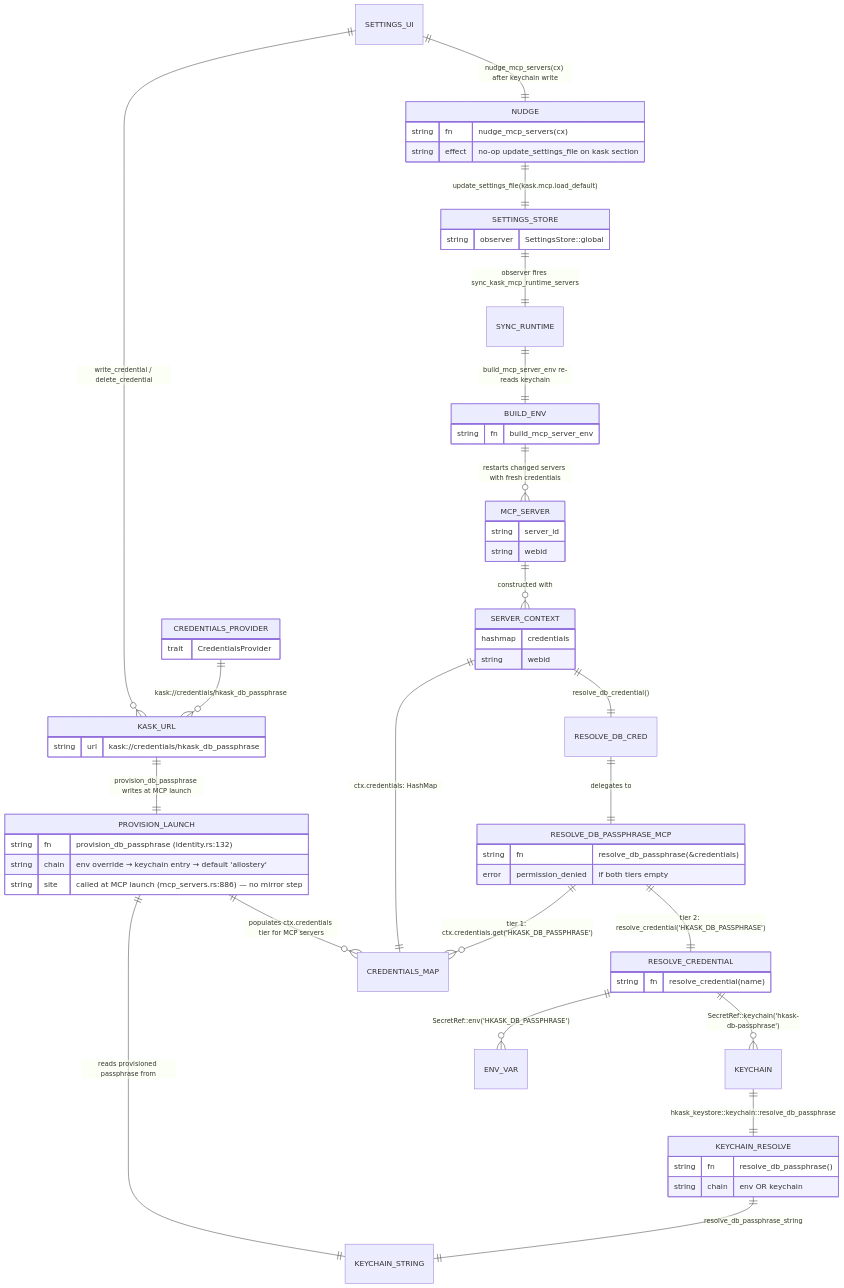
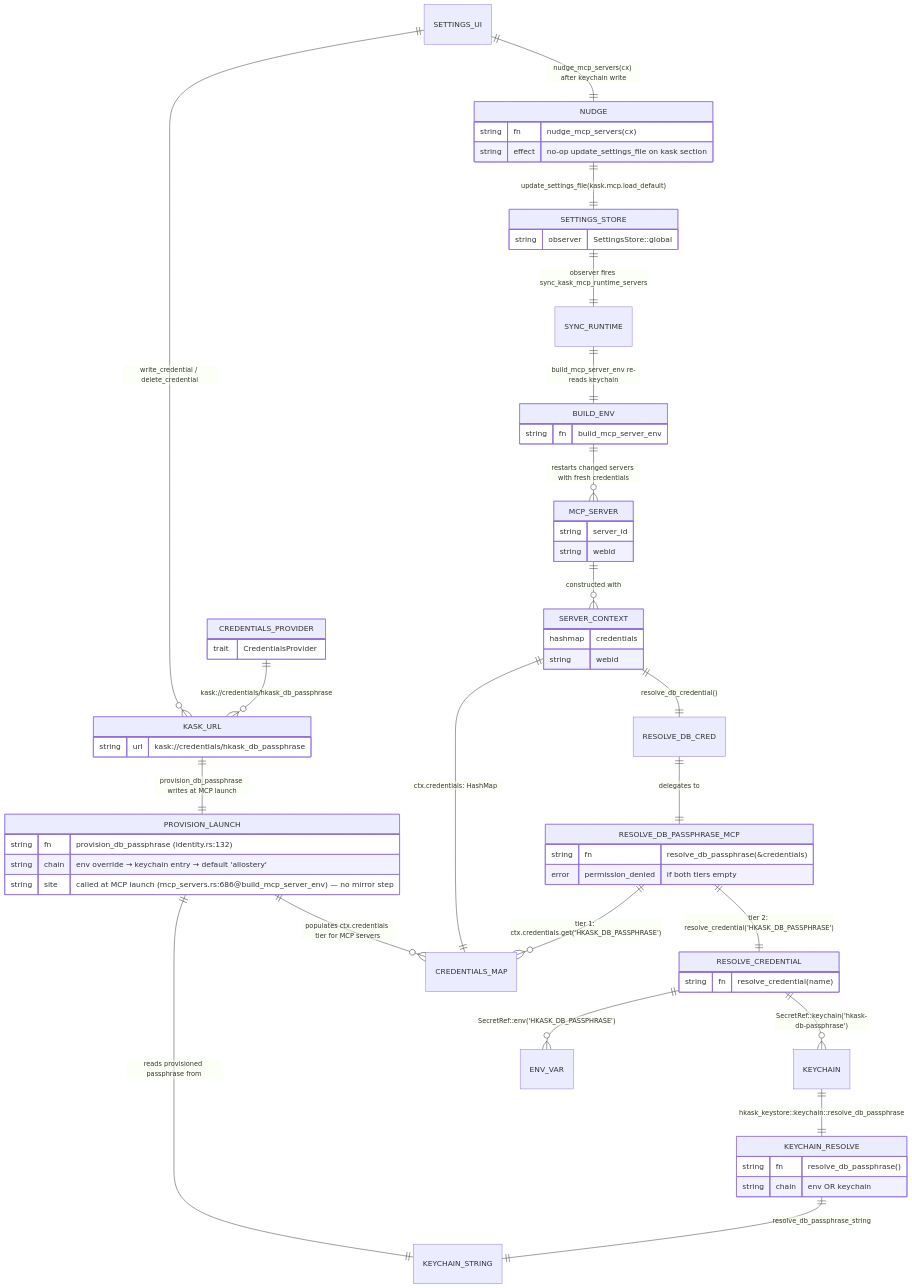
Before and after one commit to mdz-axo/zed-kask: the fourth of 8 diagrams in kask/docs/diagrams/architecture.md, drawn with Mermaid. The commit also changed other lines of this file and 10 other files, not shown here.

````diff
--- a/kask/docs/diagrams/architecture.md
+++ b/kask/docs/diagrams/architecture.md
@@ -240,66 +240,66 @@
 ```mermaid
 erDiagram
     MCP_SERVER ||--o{ SERVER_CONTEXT : "constructed with"
     SERVER_CONTEXT ||--|| CREDENTIALS_MAP : "ctx.credentials: HashMap<String,String>"
     SERVER_CONTEXT ||--|| RESOLVE_DB_CRED : "resolve_db_credential()"
     RESOLVE_DB_CRED ||--|| RESOLVE_DB_PASSPHRASE_MCP : "delegates to"
     RESOLVE_DB_PASSPHRASE_MCP ||--o{ CREDENTIALS_MAP : "tier 1: ctx.credentials.get('HKASK_DB_PASSPHRASE')"
     RESOLVE_DB_PASSPHRASE_MCP ||--|| RESOLVE_CREDENTIAL : "tier 2: resolve_credential('HKASK_DB_PASSPHRASE')"
     RESOLVE_CREDENTIAL ||--o{ ENV_VAR : "SecretRef::env('HKASK_DB_PASSPHRASE')"
     RESOLVE_CREDENTIAL ||--o{ KEYCHAIN : "SecretRef::keychain('hkask-db-passphrase')"
     KEYCHAIN ||--|| KEYCHAIN_RESOLVE : "hkask_keystore::keychain::resolve_db_passphrase"
     KEYCHAIN_RESOLVE ||--|| KEYCHAIN_STRING : "resolve_db_passphrase_string"
 
     CREDENTIALS_PROVIDER ||--o{ KASK_URL : "kask://credentials/hkask_db_passphrase"
     KASK_URL ||--|| PROVISION_LAUNCH : "provision_db_passphrase writes at MCP launch"
     PROVISION_LAUNCH ||--|| KEYCHAIN_STRING : "reads provisioned passphrase from"
     PROVISION_LAUNCH ||--o{ CREDENTIALS_MAP : "populates ctx.credentials tier for MCP servers"
 
     SETTINGS_UI ||--o{ KASK_URL : "write_credential / delete_credential"
     SETTINGS_UI ||--|| NUDGE : "nudge_mcp_servers(cx) after keychain write"
     NUDGE ||--|| SETTINGS_STORE : "update_settings_file(kask.mcp.load_default)"
     SETTINGS_STORE ||--|| SYNC_RUNTIME : "observer fires sync_kask_mcp_runtime_servers"
     SYNC_RUNTIME ||--|| BUILD_ENV : "build_mcp_server_env re-reads keychain"
     BUILD_ENV ||--o{ MCP_SERVER : "restarts changed servers with fresh credentials"
 
     MCP_SERVER {
         string server_id
         string webid
     }
     SERVER_CONTEXT {
         hashmap credentials
         string webid
     }
     RESOLVE_DB_PASSPHRASE_MCP {
         string fn "resolve_db_passphrase(&credentials)"
         error permission_denied "if both tiers empty"
     }
     RESOLVE_CREDENTIAL {
         string fn "resolve_credential(name)"
     }
     KEYCHAIN_RESOLVE {
         string fn "resolve_db_passphrase()"
         string chain "env OR keychain"
     }
     CREDENTIALS_PROVIDER {
         trait CredentialsProvider
     }
     KASK_URL {
         string url "kask://credentials/hkask_db_passphrase"
     }
     PROVISION_LAUNCH {
         string fn "provision_db_passphrase (identity.rs:132)"
         string chain "env override → keychain entry → default 'allostery'"
-        string site "called at MCP launch (mcp_servers.rs:886) — no mirror step"
+        string site "called at MCP launch (mcp_servers.rs:686@build_mcp_server_env) — no mirror step"
     }
     NUDGE {
         string fn "nudge_mcp_servers(cx)"
         string effect "no-op update_settings_file on kask section"
     }
     SETTINGS_STORE {
         string observer "SettingsStore::global"
     }
     BUILD_ENV {
         string fn "build_mcp_server_env"
     }
 ```
````
